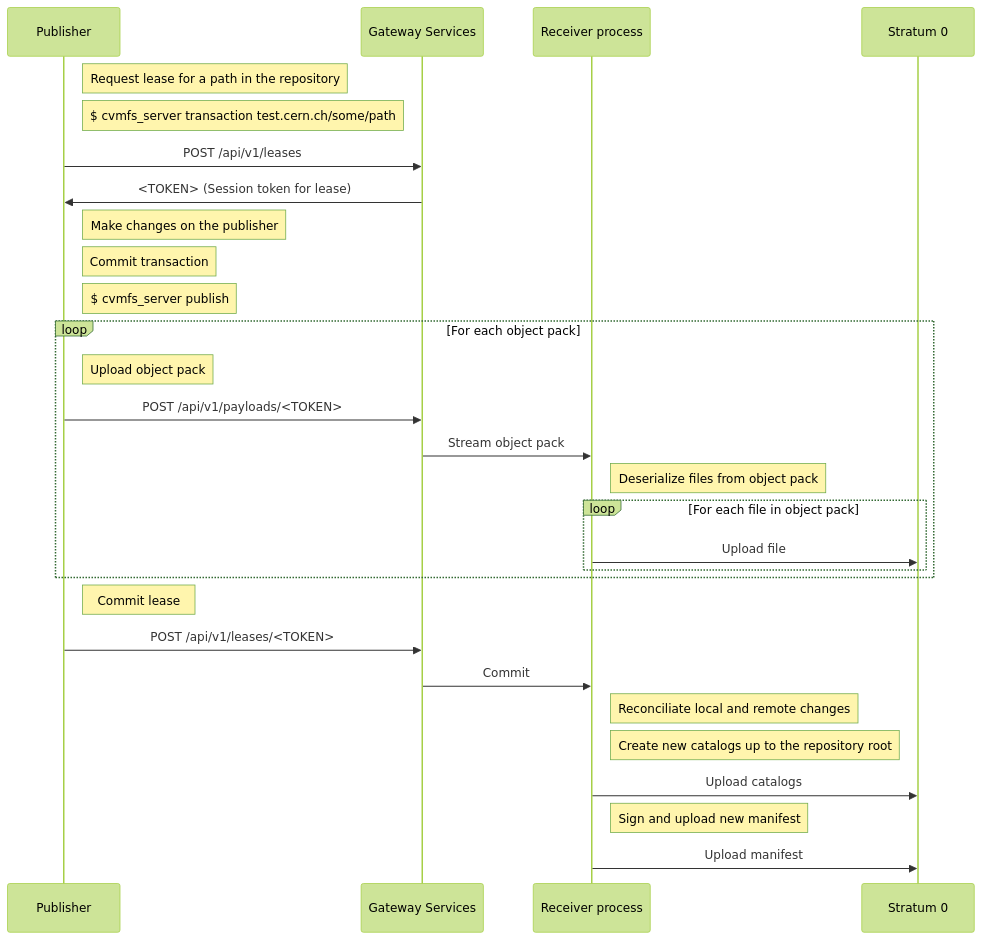
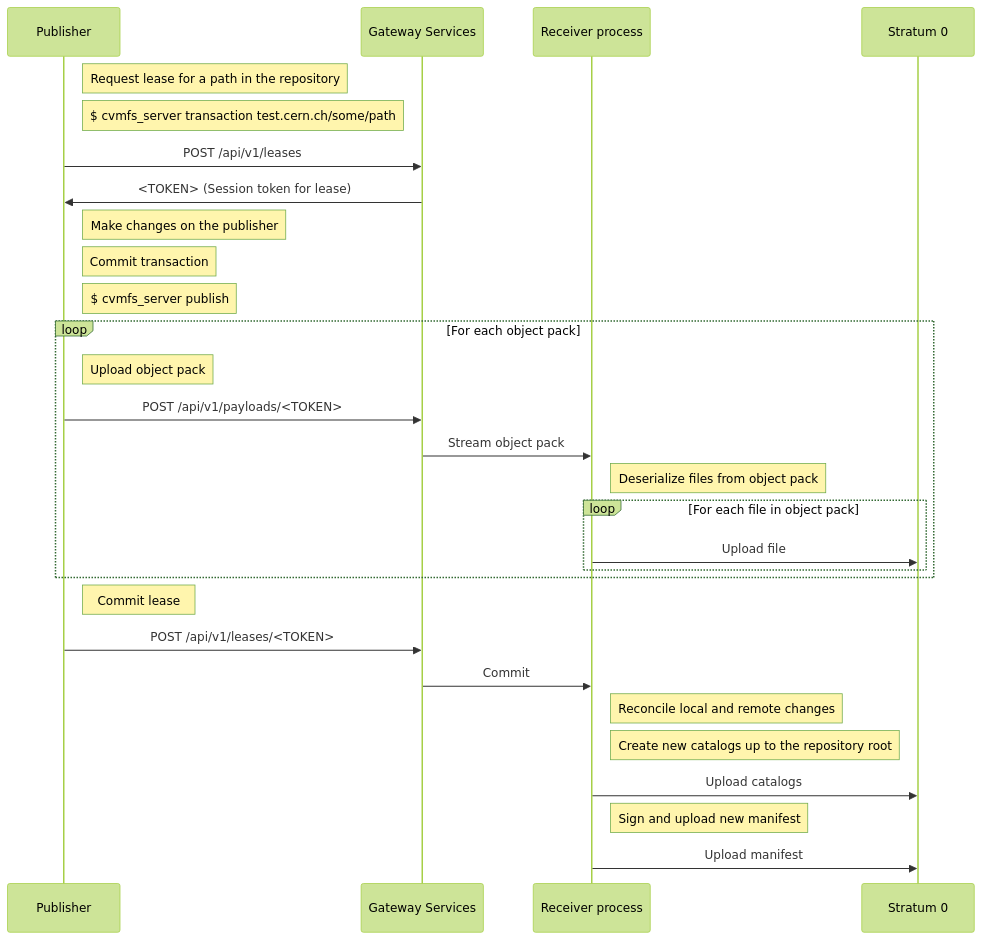
One commit to cvmfs/doc-cvmfs changed the diagram in cpt-repository-gateway.rst. Above: the diagram before and after it, drawn with Mermaid (forest theme). The commit also changed other lines of this file and 27 other files, not shown here.

```diff
--- a/cpt-repository-gateway.rst
+++ b/cpt-repository-gateway.rst
@@ -840,39 +840,39 @@
 .. mermaid::
 
   sequenceDiagram
     participant Pub as Publisher
     participant GW as Gateway Services
     participant Receiver as Receiver process
     participant S0 as Stratum 0
 
     Note right of Pub: Request lease for a path in the repository
     Note right of Pub: $ cvmfs_server transaction test.cern.ch/some/path
     Pub ->> GW: POST /api/v1/leases
     GW ->> Pub: <TOKEN> (Session token for lease)
 
     Note right of Pub: Make changes on the publisher
     Note right of Pub: Commit transaction
     Note right of Pub: $ cvmfs_server publish
 
     loop For each object pack
       Note right of Pub: Upload object pack
       Pub ->> GW: POST /api/v1/payloads/<TOKEN>
       GW ->> Receiver: Stream object pack
       Note right of Receiver: Deserialize files from object pack
       loop For each file in object pack
         Receiver ->> S0: Upload file
       end
     end
 
     Note right of Pub: Commit lease
     Pub ->> GW: POST /api/v1/leases/<TOKEN>
     GW ->> Receiver: Commit
 
-    Note right of Receiver: Reconciliate local and remote changes
+    Note right of Receiver: Reconcile local and remote changes
     Note right of Receiver: Create new catalogs up to the repository root
 
     Receiver ->> S0: Upload catalogs
 
     Note right of Receiver: Sign and upload new manifest
 
     Receiver ->> S0: Upload manifest
```
